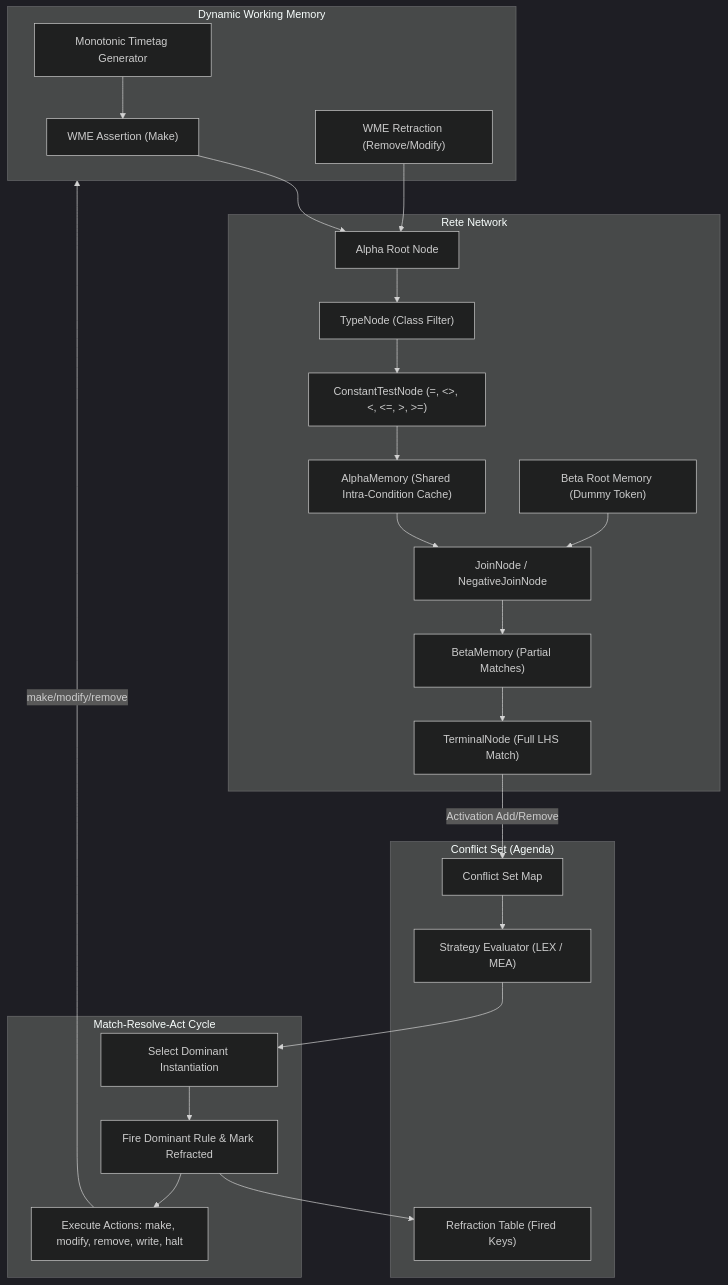
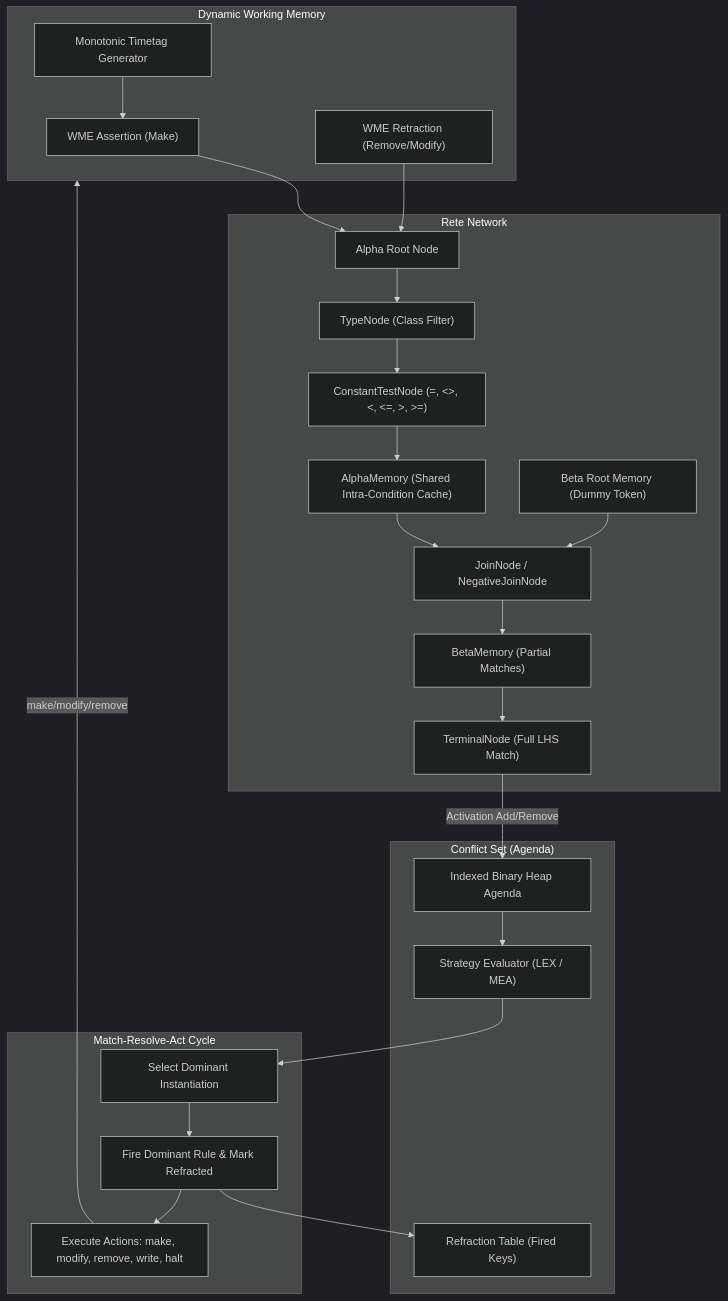
One commit to graemenewlands/ops5 changed the first of 3 diagrams in README.md. Above: the diagram before and after it, drawn with Mermaid (dark theme). The commit also changed other lines of this file and 5 other files, not shown here.

Commit message:
perf(conflict): implement indexed binary max-heap agenda for O(1) dominant selection

````diff
--- a/README.md
+++ b/README.md
@@ -75,51 +75,51 @@
 ```mermaid
 flowchart TD
     subgraph WM["Dynamic Working Memory"]
         Assert["WME Assertion (Make)"]
         Retract["WME Retraction (Remove/Modify)"]
         Timetag["Monotonic Timetag Generator"]
     end
 
     subgraph Rete["Rete Network"]
         AlphaRoot["Alpha Root Node"]
         TypeNode["TypeNode (Class Filter)"]
         AlphaTest["ConstantTestNode (=, <>, <, <=, >, >=)"]
         AlphaMem["AlphaMemory (Shared Intra-Condition Cache)"]
         BetaRoot["Beta Root Memory (Dummy Token)"]
         JoinNode["JoinNode / NegativeJoinNode"]
         BetaMem["BetaMemory (Partial Matches)"]
         TerminalNode["TerminalNode (Full LHS Match)"]
     end
 
     subgraph Agenda["Conflict Set (Agenda)"]
-        CS["Conflict Set Map"]
+        CS["Indexed Binary Heap Agenda"]
         Refraction["Refraction Table (Fired Keys)"]
         Strategy["Strategy Evaluator (LEX / MEA)"]
     end
 
     subgraph Exec["Match-Resolve-Act Cycle"]
         Select["Select Dominant Instantiation"]
         Fire["Fire Dominant Rule & Mark Refracted"]
         RHS["Execute Actions: make, modify, remove, write, halt"]
     end
 
     Timetag --> Assert
     Assert --> AlphaRoot
     Retract --> AlphaRoot
     AlphaRoot --> TypeNode
     TypeNode --> AlphaTest
     AlphaTest --> AlphaMem
 
     BetaRoot --> JoinNode
     AlphaMem --> JoinNode
     JoinNode --> BetaMem
     BetaMem --> TerminalNode
 
     TerminalNode -->|Activation Add/Remove| CS
     CS --> Strategy
     Strategy --> Select
     Select --> Fire
     Fire --> Refraction
     Fire --> RHS
     RHS -->|make/modify/remove| WM
 ```
````
